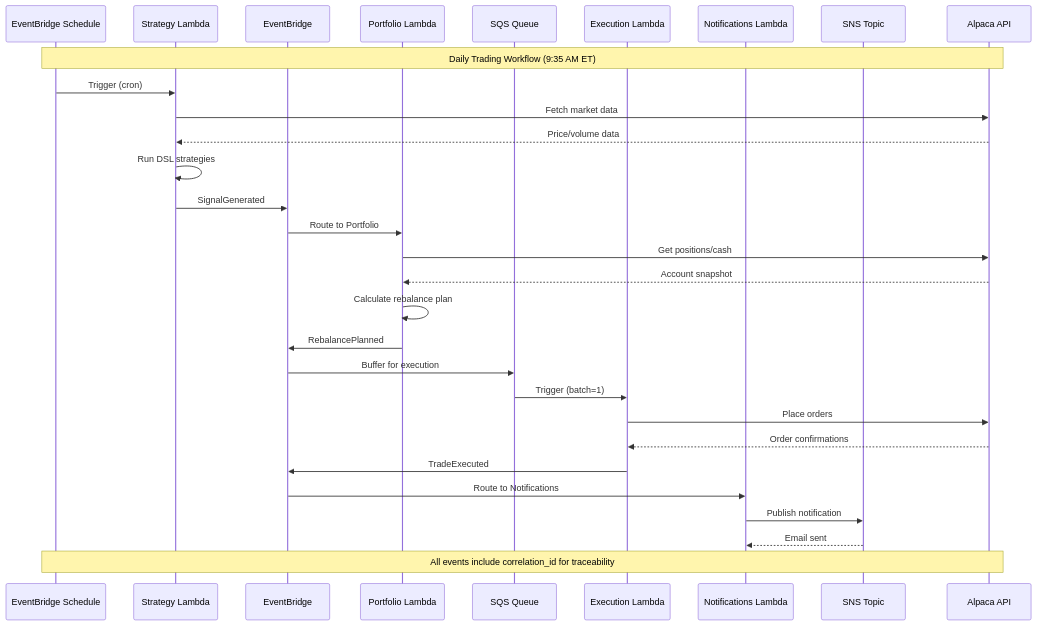
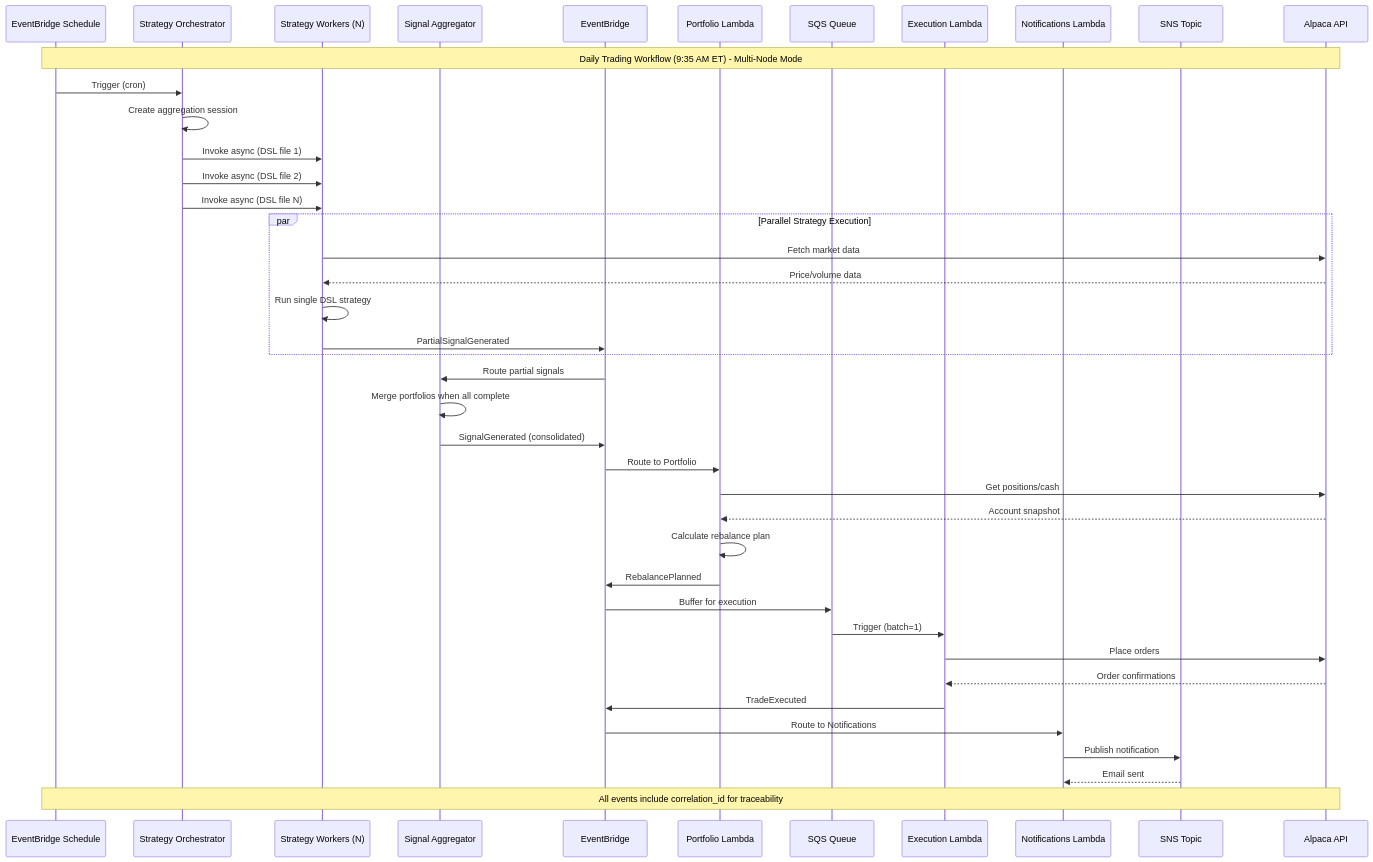
Before and after one commit to Josh-moreton/alchemiser-quant: the second of 2 diagrams in README.md, drawn with Mermaid. The commit also changed other lines of this file and 3 other files, not shown here.

````diff
--- a/README.md
+++ b/README.md
@@ -88,38 +114,51 @@
 ```mermaid
 sequenceDiagram
     participant Sched as EventBridge Schedule
-    participant S as Strategy Lambda
+    participant SO as Strategy Orchestrator
+    participant SW as Strategy Workers (N)
+    participant SA as Signal Aggregator
     participant EB as EventBridge
     participant P as Portfolio Lambda
     participant SQS as SQS Queue
     participant E as Execution Lambda
     participant N as Notifications Lambda
     participant SNS as SNS Topic
     participant A as Alpaca API
 
-    Note over Sched,A: Daily Trading Workflow (9:35 AM ET)
+    Note over Sched,A: Daily Trading Workflow (9:35 AM ET) - Multi-Node Mode
 
-    Sched->>S: Trigger (cron)
-    S->>A: Fetch market data
-    A-->>S: Price/volume data
-    S->>S: Run DSL strategies
-    S->>EB: SignalGenerated
+    Sched->>SO: Trigger (cron)
+    SO->>SO: Create aggregation session
+    SO->>SW: Invoke async (DSL file 1)
+    SO->>SW: Invoke async (DSL file 2)
+    SO->>SW: Invoke async (DSL file N)
+    
+    par Parallel Strategy Execution
+        SW->>A: Fetch market data
+        A-->>SW: Price/volume data
+        SW->>SW: Run single DSL strategy
+        SW->>EB: PartialSignalGenerated
+    end
+
+    EB->>SA: Route partial signals
+    SA->>SA: Merge portfolios when all complete
+    SA->>EB: SignalGenerated (consolidated)
 
     EB->>P: Route to Portfolio
     P->>A: Get positions/cash
     A-->>P: Account snapshot
     P->>P: Calculate rebalance plan
     P->>EB: RebalancePlanned
 
     EB->>SQS: Buffer for execution
     SQS->>E: Trigger (batch=1)
     E->>A: Place orders
     A-->>E: Order confirmations
     E->>EB: TradeExecuted
 
     EB->>N: Route to Notifications
     N->>SNS: Publish notification
     SNS-->>N: Email sent
 
     Note over Sched,A: All events include correlation_id for traceability
 ```
````
